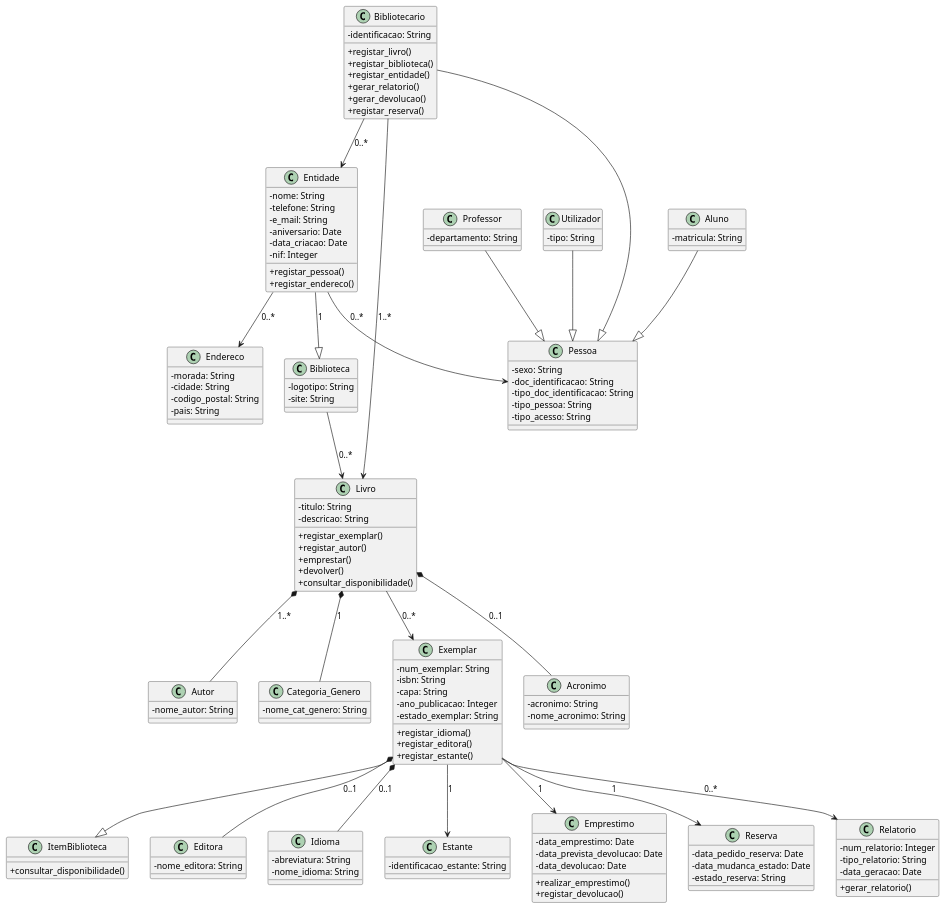
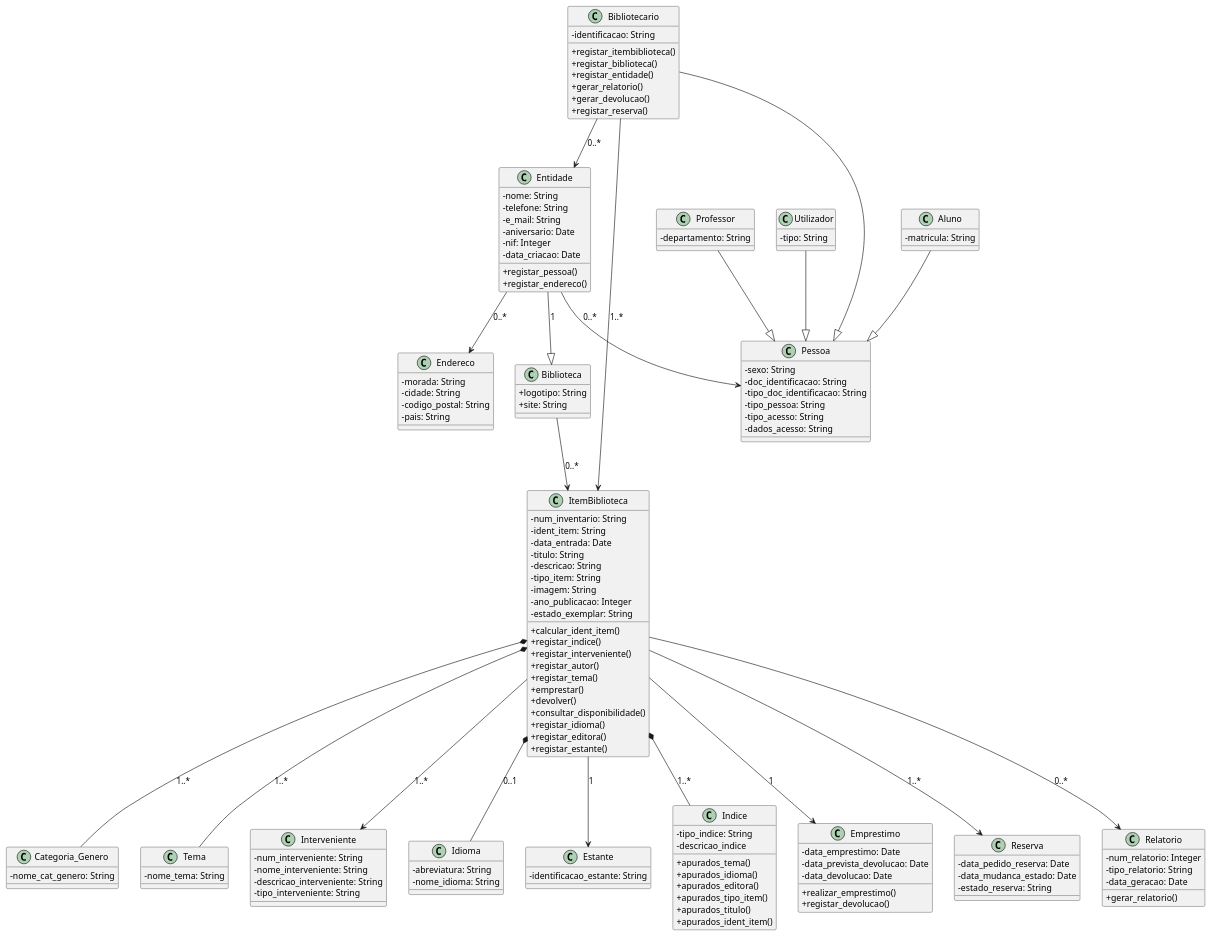
The diagram in diagrama_biblioteca-2.puml (cleitoncfs/Trabalho-Pratico-Python), drawn with PlantUML before and after one commit.

Commit message:
atualização de classes no diagrama

```diff
--- a/diagrama_biblioteca-2.puml
+++ b/diagrama_biblioteca-2.puml
@@ -1,137 +1,142 @@
 @startuml
-skinparam classAttributeIconSize 0
-
+skinparam classAttributeIconSize 0
 class Biblioteca {
-    - logotipo: String
-    - site: String
+    + logotipo: String
+    + site: String
 }
 class Entidade {
     - nome: String
     - telefone: String
     - e_mail: String
     - aniversario: Date
+    - nif: Integer
     - data_criacao: Date
-    - nif: Integer
     + registar_pessoa()
     + registar_endereco()
 }
 class Endereco {
     - morada: String
     - cidade: String
     - codigo_postal: String
     - pais: String
 }
 class Pessoa {
     - sexo: String
     - doc_identificacao: String
     - tipo_doc_identificacao: String
     - tipo_pessoa: String
     - tipo_acesso: String
+    - dados_acesso: String
 }
 class Bibliotecario {
     - identificacao: String
-    + registar_livro()
+    + registar_itembiblioteca()
     + registar_biblioteca()
     + registar_entidade()
     + gerar_relatorio()
     + gerar_devolucao()
     + registar_reserva()
 }
 class Aluno {
     - matricula: String
 }
 class Professor {
     - departamento: String
 }
 class Utilizador {
     - tipo: String
 }
 
 class ItemBiblioteca {
-    + consultar_disponibilidade()
-}
-
-class Livro {
+    - num_inventario: String
+    - ident_item: String
+    - data_entrada: Date
     - titulo: String
     - descricao: String
-    + registar_exemplar()
+    - tipo_item: String
+    - imagem: String
+    - ano_publicacao: Integer
+    - estado_exemplar: String
+    + calcular_ident_item()
+    + registar_indice()
+    + registar_interveniente()
     + registar_autor()
+    + registar_tema()
     + emprestar()
     + devolver()
     + consultar_disponibilidade()
-}
-class Autor {
-    - nome_autor: String
+    + registar_idioma()
+    + registar_editora()
+    + registar_estante()
 }
 class Categoria_Genero {
     - nome_cat_genero: String
 }
-
-class Exemplar {
-    - num_exemplar: String
-    - isbn: String
-    - capa: String
-    - ano_publicacao: Integer
-    - estado_exemplar: String
-    + registar_idioma()
-    + registar_editora()
-    + registar_estante()
+class Tema {
+    - nome_tema: String
 }
-class Acronimo {
-    - acronimo: String
-    - nome_acronimo: String
-}
-class Editora {
-    - nome_editora: String
+class Interveniente {
+    - num_interveniente: String
+    - nome_interveniente: String
+    - descricao_interveniente: String
+    - tipo_interveniente: String
 }
 class Idioma {
     - abreviatura: String
     - nome_idioma: String
 }
 class Estante {
     - identificacao_estante: String
 }
 
+class Indice {
+    - tipo_indice: String
+    - descricao_indice
+    + apurados_tema()
+    + apurados_idioma()
+    + apurados_editora()
+    + apurados_tipo_item()
+    + apurados_titulo()
+    + apurados_ident_item()
+}
 class Emprestimo {
     - data_emprestimo: Date
     - data_prevista_devolucao: Date
     - data_devolucao: Date
     + realizar_emprestimo()
     + registar_devolucao()
 }
 
 class Reserva {
     - data_pedido_reserva: Date
     - data_mudanca_estado: Date
     - estado_reserva: String
 }
 
 class Relatorio {
     - num_relatorio: Integer
     - tipo_relatorio: String
     - data_geracao: Date
     + gerar_relatorio()
 }
 
-Bibliotecario --> Livro : "1..*"
+Bibliotecario --> ItemBiblioteca : "1..*"
 Bibliotecario --> Entidade : "0..*"
-Biblioteca --> Livro : "0..*"
+Biblioteca --> ItemBiblioteca : "0..*"
 Entidade --> Pessoa: "0..*"
 Entidade --|> Biblioteca: "1"
 Entidade --> Endereco: "0..*"
-Livro --> Exemplar: "0..*"
-Livro *-- Autor: "1..*"
-Livro *-- Categoria_Genero: "1"
-Livro *-- Acronimo: "0..1"
-Exemplar --> Emprestimo : "1"
-Exemplar --> Reserva: "1"
-Exemplar *-- Editora: "0..1"
-Exemplar *-- Idioma: "0..1"
-Exemplar --> Estante: "1"
-Exemplar --|> ItemBiblioteca
+ItemBiblioteca *-- Indice: "1..*"
+ItemBiblioteca *-- Categoria_Genero: "1..*"
+ItemBiblioteca *-- Tema: "1..*"
+ItemBiblioteca --> Emprestimo : "1"
+ItemBiblioteca --> Reserva: "1..*"
+ItemBiblioteca *-- Idioma: "0..1"
+ItemBiblioteca --> Estante: "1"
+ItemBiblioteca --> Interveniente:"1..*"
 Bibliotecario --|> Pessoa
 Aluno --|> Pessoa
 Professor --|> Pessoa
 Utilizador --|> Pessoa
-Exemplar --> Relatorio: "0..*"
+ItemBiblioteca --> Relatorio: "0..*"
 @enduml
```
